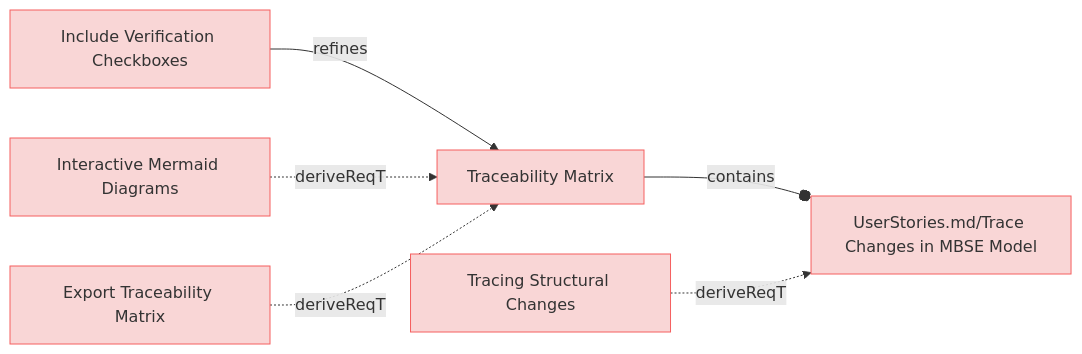
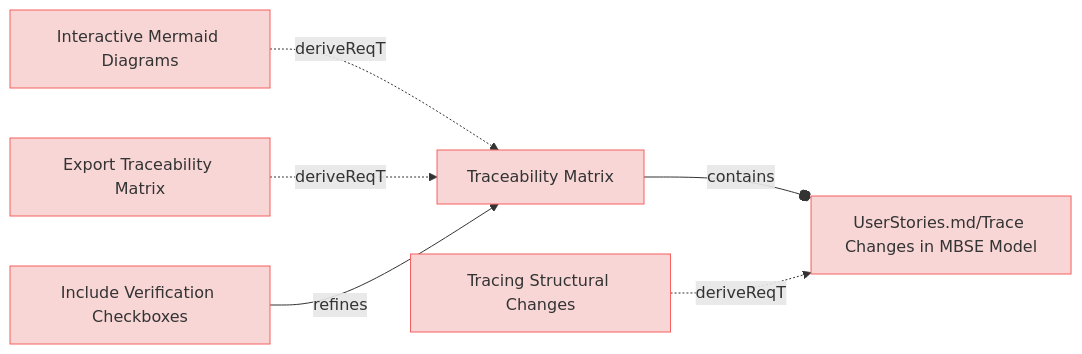
The sixth of 9 diagrams in specifications/UserRequirements.md (reqvire-org/reqvire), drawn with Mermaid before and after one commit. The commit also changed other lines of this file and 16 other files, not shown here.

````diff
--- a/specifications/UserRequirements.md
+++ b/specifications/UserRequirements.md
@@ -447,32 +447,32 @@
 ```mermaid
 graph LR;
   %% Graph styling
   classDef requirement fill:#f9d6d6,stroke:#f55f5f,stroke-width:1px;
   classDef verification fill:#d6f9d6,stroke:#5fd75f,stroke-width:1px;
   classDef externalLink fill:#d0e0ff,stroke:#3080ff,stroke-width:1px;
   classDef default fill:#f5f5f5,stroke:#333333,stroke-width:1px;
 
-  4bedae4112e254b["Include Verification Checkboxes"];
-  click 4bedae4112e254b "https://github.com/Reqvire/reqvire/blob/b8c43d2689b933838bf1838d8a4cdf3393c9014f/specifications/UserRequirements.md#include-verification-checkboxes";
-  class 4bedae4112e254b requirement;
+  b8997351b6f34048["Interactive Mermaid Diagrams"];
+  click b8997351b6f34048 "https://github.com/Reqvire/reqvire/blob/92e82ef235559b4819fd85d700024b79b452d8e3/specifications/UserRequirements.md#interactive-mermaid-diagrams";
+  class b8997351b6f34048 requirement;
   c5b8a7944b6943e2["Traceability Matrix"];
   class c5b8a7944b6943e2 requirement;
-  click c5b8a7944b6943e2 "https://github.com/Reqvire/reqvire/blob/b8c43d2689b933838bf1838d8a4cdf3393c9014f/specifications/UserRequirements.md#traceability-matrix";
-  4bedae4112e254b -->|refines| c5b8a7944b6943e2;
+  click c5b8a7944b6943e2 "https://github.com/Reqvire/reqvire/blob/92e82ef235559b4819fd85d700024b79b452d8e3/specifications/UserRequirements.md#traceability-matrix";
+  b8997351b6f34048 -.->|deriveReqT| c5b8a7944b6943e2;
+  92ab92840dee10a5["Export Traceability Matrix"];
+  click 92ab92840dee10a5 "https://github.com/Reqvire/reqvire/blob/92e82ef235559b4819fd85d700024b79b452d8e3/specifications/UserRequirements.md#export-traceability-matrix";
+  class 92ab92840dee10a5 requirement;
+  92ab92840dee10a5 -.->|deriveReqT| c5b8a7944b6943e2;
   2591b90e1fb90daa["UserStories.md/Trace Changes in MBSE Model"];
   class 2591b90e1fb90daa requirement;
-  click 2591b90e1fb90daa "https://github.com/Reqvire/reqvire/blob/b8c43d2689b933838bf1838d8a4cdf3393c9014f/specifications/UserStories.md#trace-changes-in-mbse-model";
+  click 2591b90e1fb90daa "https://github.com/Reqvire/reqvire/blob/92e82ef235559b4819fd85d700024b79b452d8e3/specifications/UserStories.md#trace-changes-in-mbse-model";
   c5b8a7944b6943e2 --o|contains| 2591b90e1fb90daa;
-  b8997351b6f34048["Interactive Mermaid Diagrams"];
-  click b8997351b6f34048 "https://github.com/Reqvire/reqvire/blob/b8c43d2689b933838bf1838d8a4cdf3393c9014f/specifications/UserRequirements.md#interactive-mermaid-diagrams";
-  class b8997351b6f34048 requirement;
-  b8997351b6f34048 -.->|deriveReqT| c5b8a7944b6943e2;
   9b9c33c7182d6eeb["Tracing Structural Changes"];
-  click 9b9c33c7182d6eeb "https://github.com/Reqvire/reqvire/blob/b8c43d2689b933838bf1838d8a4cdf3393c9014f/specifications/UserRequirements.md#tracing-structural-changes";
+  click 9b9c33c7182d6eeb "https://github.com/Reqvire/reqvire/blob/92e82ef235559b4819fd85d700024b79b452d8e3/specifications/UserRequirements.md#tracing-structural-changes";
   class 9b9c33c7182d6eeb requirement;
   9b9c33c7182d6eeb -.->|deriveReqT| 2591b90e1fb90daa;
-  92ab92840dee10a5["Export Traceability Matrix"];
-  click 92ab92840dee10a5 "https://github.com/Reqvire/reqvire/blob/b8c43d2689b933838bf1838d8a4cdf3393c9014f/specifications/UserRequirements.md#export-traceability-matrix";
-  class 92ab92840dee10a5 requirement;
-  92ab92840dee10a5 -.->|deriveReqT| c5b8a7944b6943e2;
+  4bedae4112e254b["Include Verification Checkboxes"];
+  click 4bedae4112e254b "https://github.com/Reqvire/reqvire/blob/92e82ef235559b4819fd85d700024b79b452d8e3/specifications/UserRequirements.md#include-verification-checkboxes";
+  class 4bedae4112e254b requirement;
+  4bedae4112e254b -->|refines| c5b8a7944b6943e2;
 ```
````
